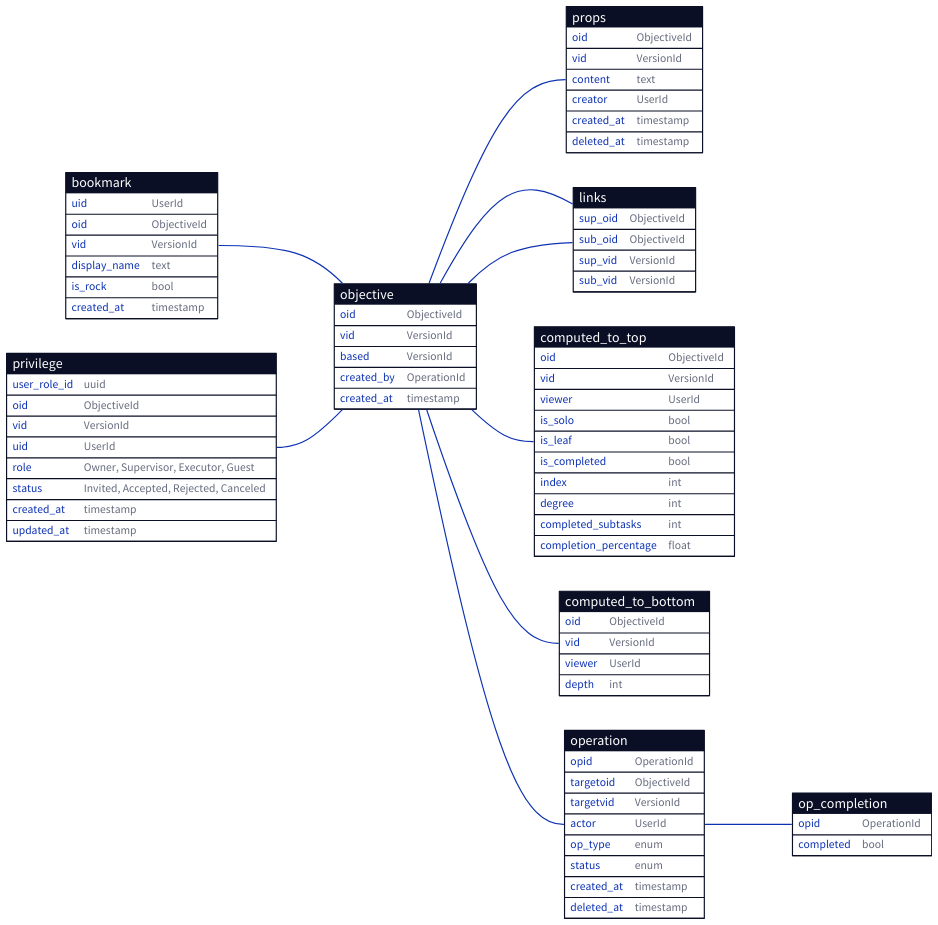
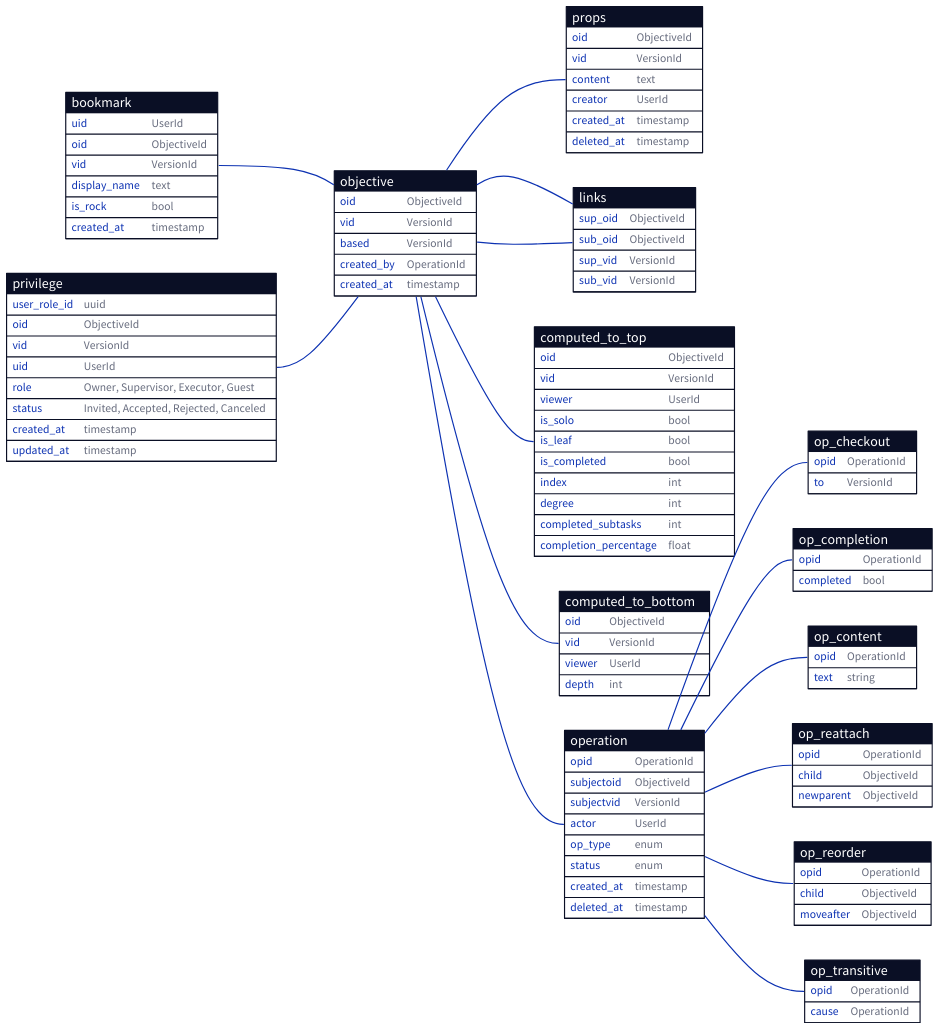
The diagram in docs/database/simplified.d2 (ufukty/logbook), drawn with D2 before and after one commit. The commit also changed 1 other file, not shown here.

Commit message:
docs/database/simplified: adds the tables for operation-specific details and renames the `target` to `subject` in `operation`as it may suggest a relation such as in the target is the one comes after the applied version of operation

```diff
--- a/docs/database/simplified.d2
+++ b/docs/database/simplified.d2
@@ -1,133 +1,177 @@
 bookmark: {
   shape: sql_table
 
   uid: UserId
   oid: ObjectiveId
   vid: VersionId
   display_name: text
   is_rock: bool # rocks are hidden in the UI
   created_at: timestamp
 }
 
 privilege: {
   shape: sql_table
 
   user_role_id: uuid
   oid: ObjectiveId
   vid: VersionId
   uid: UserId
   role: "Owner, Supervisor, Executor, Guest"
   status: "Invited, Accepted, Rejected, Canceled"
   created_at: timestamp
   updated_at: timestamp
 }
 
 objective: {
   shape: sql_table
 
   oid: ObjectiveId
   vid: VersionId
   based: VersionId
   created_by: OperationId
 
   created_at: timestamp # creation of this version (=row)
 }
 
 props: {
   shape: sql_table
 
   oid: ObjectiveId
   vid: VersionId
   content: text
   creator: UserId
   created_at: timestamp
   deleted_at: timestamp
 }
 
 links: {
   shape: sql_table
 
   sup_oid: ObjectiveId
   sub_oid: ObjectiveId
   sup_vid: VersionId
   sub_vid: VersionId
 }
 
 computed_to_top: {
   shape: sql_table
 
   oid: ObjectiveId
   vid: VersionId
   viewer: UserId
 
   is_solo: bool
   is_leaf: bool
   is_completed: bool
 
   index: int
   degree: int
   completed_subtasks: int
   completion_percentage: float
 }
 
 computed_to_bottom: {
   shape: sql_table
 
   oid: ObjectiveId
   vid: VersionId
   viewer: UserId
 
   depth: int
 }
 
 operation: {
   shape: sql_table
 
   opid: OperationId
   
-  targetoid: ObjectiveId
-  targetvid: VersionId
+  subjectoid: ObjectiveId
+  subjectvid: VersionId
   actor: UserId
 
   op_type: enum # Transitive, Checkout, Completion, Reattach, Reorder, Content
   status: enum # Received, Accepted, Rejected
 
   created_at: timestamp
   deleted_at: timestamp
 }
 
+op_checkout: {
+  shape: sql_table
+  
+  opid: OperationId 
+  to: VersionId
+}
+
+op_content: {
+  shape: sql_table
+  
+  opid: OperationId 
+  text: string
+}
+
 op_completion: {
   shape: sql_table
 
   opid: OperationId
   completed: bool
+}
+
+# reattachment operation gets defined on the old parent of the objective is requested to be moved into next parent's bottom
+op_reattach: {
+  shape: sql_table
+  
+  opid: OperationId 
+  child: ObjectiveId # find the vid from only version of child linked to current version of subject
+  newparent: ObjectiveId # find the vid of parent from following the ascendants of subject reached from active versions
+}
+
+op_reorder: {
+  shape: sql_table
+  
+  opid: OperationId 
+  child: ObjectiveId
+  moveafter: ObjectiveId
+}
+
+# every ascendant gets an transitive update operation when an objective gets version changing event from user (either checkout or content/prop modification)
+op_transitive: {
+  shape: sql_table
+  
+  opid: OperationId 
+  cause: OperationId
 }
 
 direction: right
 
 # a bookmark points to a root node of a work tree
 bookmark.oid -- objective.oid
 # bookmark.vid -- objective.vid
 
 # Any task with custom privilege hand.can have owner/viewers/executors
 privilege.oid -- objective.oid
 # privilege.vid -- objective.vid
 
 objective.oid -- links.sup_oid
 # objective.vid -- links.sup_vid
 
 objective.oid -- links.sub_oid
 # objective.vid -- links.sub_vid
 
 objective.oid -- computed_to_top.oid
 # objective.vid -- computed_to_top.vid
 
 objective.oid -- computed_to_bottom.oid
 # objective.vid -- computed_to_bottom.vid
 
+operation.opid -- op_checkout.opid
 operation.opid -- op_completion.opid
+operation.opid -- op_content.opid
+operation.opid -- op_reattach.opid
+operation.opid -- op_reorder.opid
+operation.opid -- op_transitive.opid
 
 objective.created_by -- operation.opid
 
 objective.oid -- props.oid
 # objective.vid -- props.vid
```
